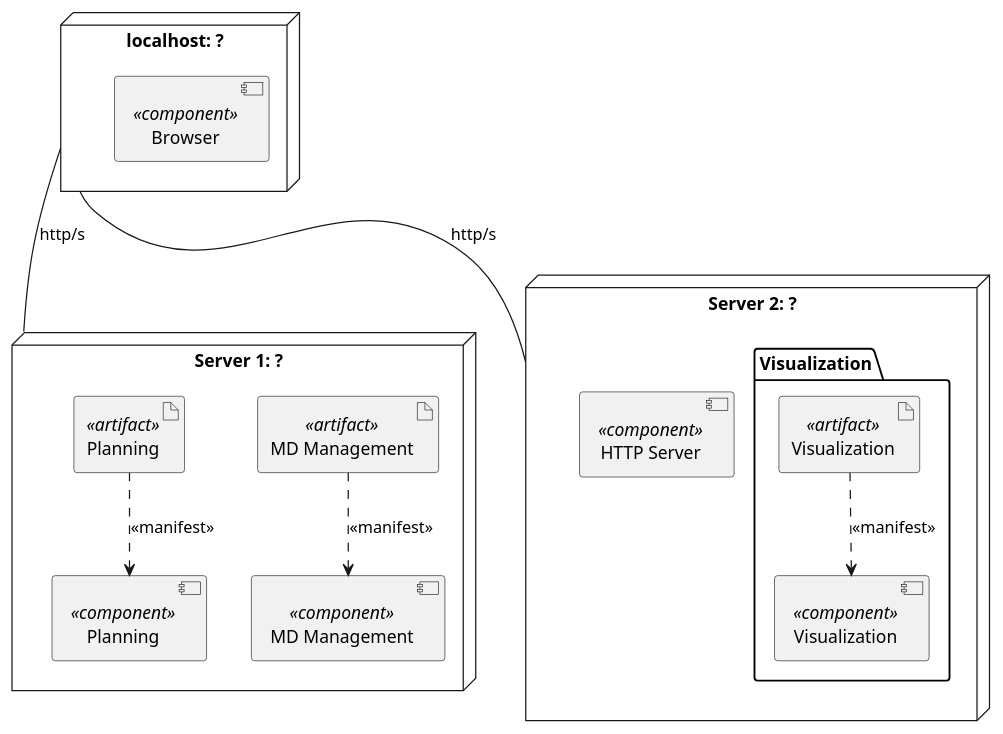
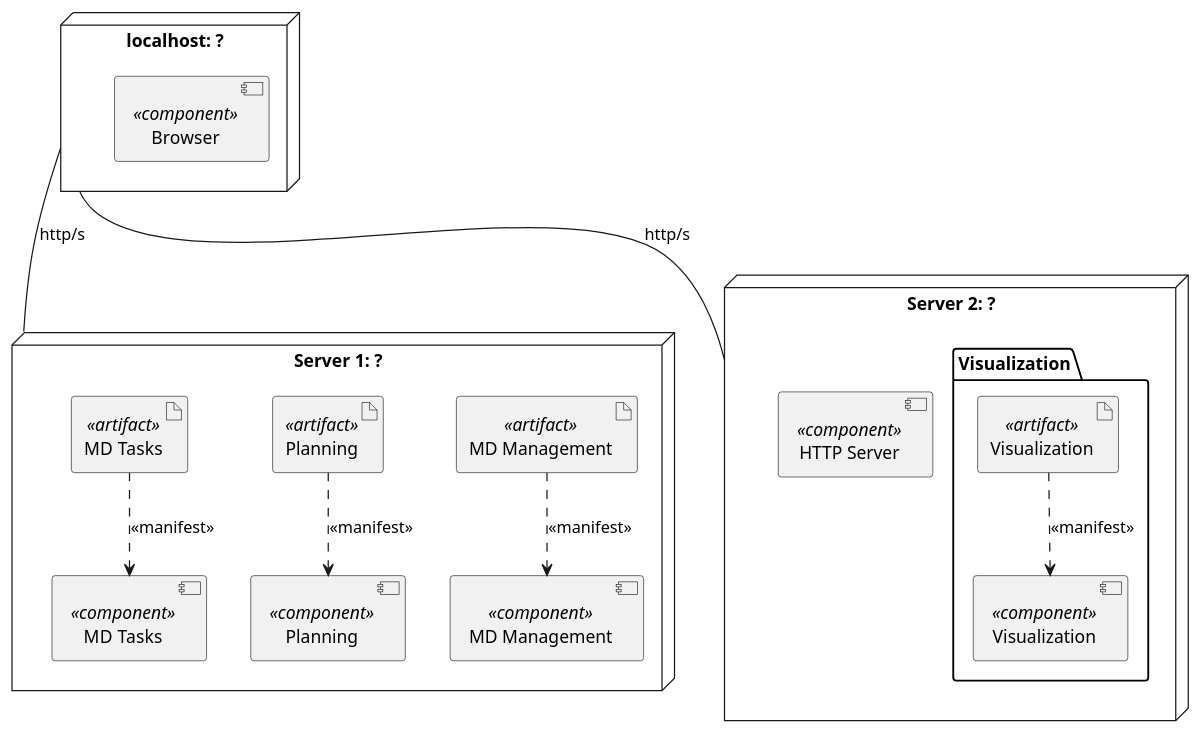
One commit to miseEnPlace-dev/lapr5 changed the diagram in _wiki/views/mapping/level-2/iv-pv.puml. Above: the diagram before and after it, drawn with PlantUML. The commit also changed 2 other files, not shown here.

```diff
--- a/_wiki/views/mapping/level-2/iv-pv.puml
+++ b/_wiki/views/mapping/level-2/iv-pv.puml
@@ -1,42 +1,49 @@
 @startuml iv-pv
 
 node "localhost: ?" as LOCAL {
   component "Browser" as B <<component>> {
   }
 }
 
 node "Server 1: ?" as S1 {
   component "MD Management" as IMDM <<component>> {
   }
 
   artifact "MD Management" as AMDM <<artifact>> {
   }
 
   component "Planning" as IP <<component>> {
   }
 
   artifact "Planning" as AP <<artifact>> {
+  }
+
+  component "MD Tasks" as IMDT <<component>> {
+  }
+
+  artifact "MD Tasks" as AMDT <<artifact>> {
   }
 }
 
 node "Server 2: ?" as S2 {
   component "HTTP Server" as SERV <<component>> { 
   } 
 
   package "Visualization" {
     artifact "Visualization" as AV <<artifact>> {
     }
 
     component "Visualization" as IV <<component>> {
     }
   }
 } 
 
 LOCAL -- S1 : http/s
 LOCAL -- S2 : http/s
 
 AV ..> IV : <<manifest>>
 AP ..> IP : <<manifest>>
 AMDM ..> IMDM : <<manifest>>
+AMDT ..> IMDT : <<manifest>>
 
 @enduml
```
